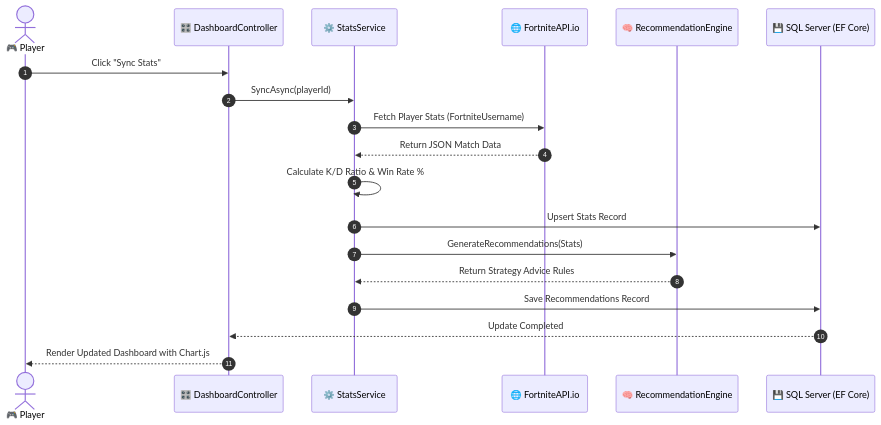
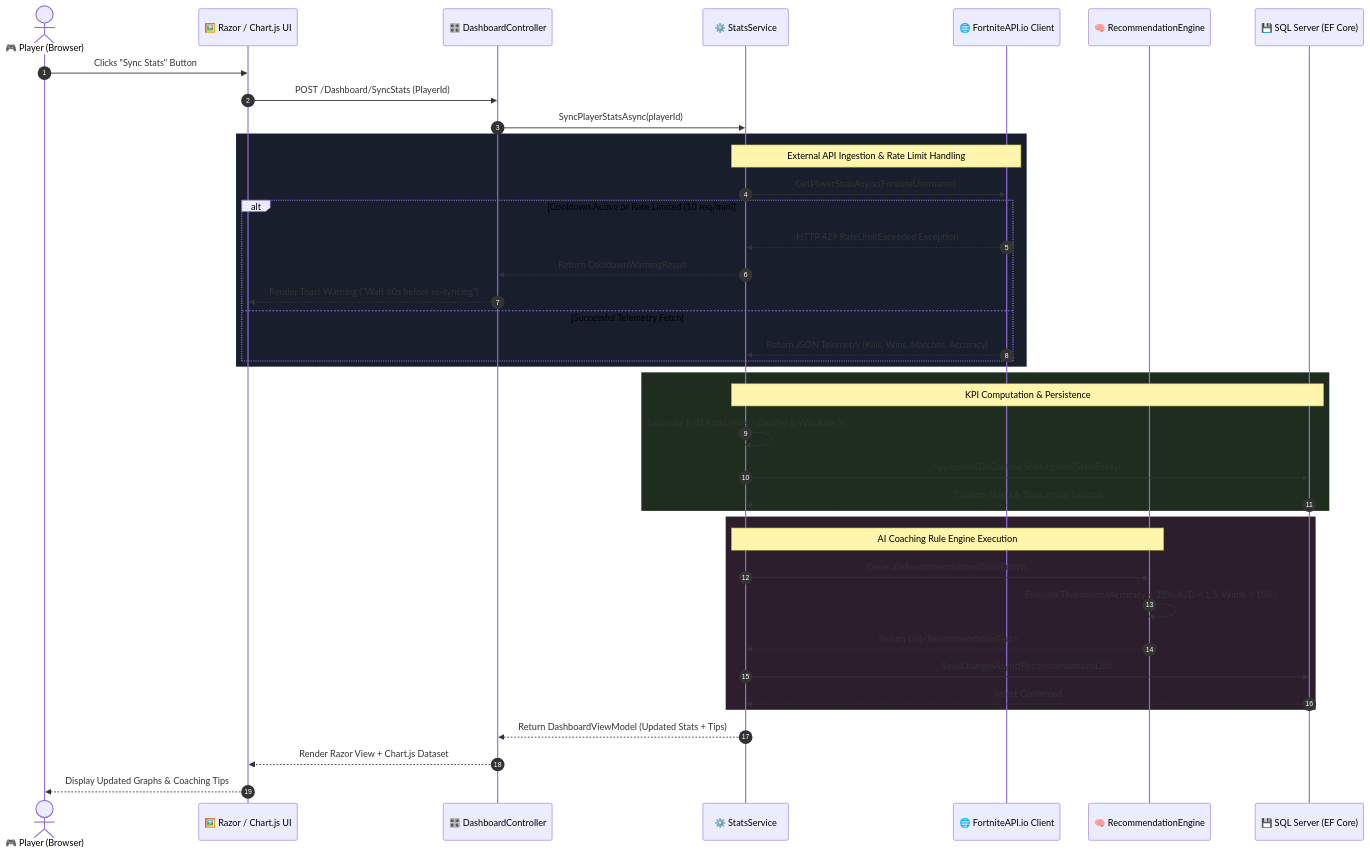
Before and after one commit to RaunakSachdeva2004/Fortnite-Performance-Dashboard: the first of 5 diagrams in README.md, drawn with Mermaid. The commit also changed other lines of this file, not shown here.

Commit message:
docs: enhance flowcharts, ERD schema, and add native Mermaid performance charts

````diff
--- a/README.md
+++ b/README.md
@@ -96,22 +96,47 @@
 ```mermaid
 sequenceDiagram
     autonumber
-    actor Player as 🎮 Player
+    actor Player as 🎮 Player (Browser)
+    participant View as 🖼️ Razor / Chart.js UI
     participant Ctrl as 🎛️ DashboardController
     participant Service as ⚙️ StatsService
-    participant API as 🌐 FortniteAPI.io
-    participant AI as 🧠 RecommendationEngine
+    participant API as 🌐 FortniteAPI.io Client
+    participant Engine as 🧠 RecommendationEngine
     participant DB as 💾 SQL Server (EF Core)
 
-    Player->>Ctrl: Click "Sync Stats"
-    Ctrl->>Service: SyncAsync(playerId)
-    Service->>API: Fetch Player Stats (FortniteUsername)
-    API-->>Service: Return JSON Match Data
-    Service->>Service: Calculate K/D Ratio & Win Rate %
-    Service->>DB: Upsert Stats Record
-    Service->>AI: GenerateRecommendations(Stats)
-    AI-->>Service: Return Strategy Advice Rules
-    Service->>DB: Save Recommendations Record
-    DB-->>Ctrl: Update Completed
-    Ctrl-->>Player: Render Updated Dashboard with Chart.js
+    Player->>View: Clicks "Sync Stats" Button
+    View->>Ctrl: POST /Dashboard/SyncStats (PlayerId)
+    Ctrl->>Service: SyncPlayerStatsAsync(playerId)
+    
+    rect rgb(25, 30, 45)
+        Note over Service, API: External API Ingestion & Rate Limit Handling
+        Service->>API: GetPlayerStatsAsync(FortniteUsername)
+        alt Cooldown Active or Rate Limited (10 req/min)
+            API-->>Service: HTTP 429 RateLimitExceeded Exception
+            Service-->>Ctrl: Return CooldownWarningResult
+            Ctrl-->>View: Render Toast Warning ("Wait 60s before re-syncing")
+        else Successful Telemetry Fetch
+            API-->>Service: Return JSON Telemetry (Kills, Wins, Matches, Accuracy)
+        end
+    end
+
+    rect rgb(30, 45, 30)
+        Note over Service, DB: KPI Computation & Persistence
+        Service->>Service: Compute K/D Ratio (Kills / Deaths) & Win Rate %
+        Service->>DB: ApplicationDbContext.Stats.Upsert(StatsEntity)
+        DB-->>Service: Confirm StatId & Transaction Commit
+    end
+
+    rect rgb(45, 30, 45)
+        Note over Service, Engine: AI Coaching Rule Engine Execution
+        Service->>Engine: GenerateRecommendations(StatsEntity)
+        Engine->>Engine: Evaluate Thresholds (Accuracy < 25%, K/D < 1.5, Win% < 10%)
+        Engine-->>Service: Return List<RecommendationText>
+        Service->>DB: SaveChangesAsync(RecommendationsList)
+        DB-->>Service: Insert Confirmed
+    end
+
+    Service-->>Ctrl: Return DashboardViewModel (Updated Stats + Tips)
+    Ctrl-->>View: Render Razor View + Chart.js Dataset
+    View-->>Player: Display Updated Graphs & Coaching Tips
 ```
````
